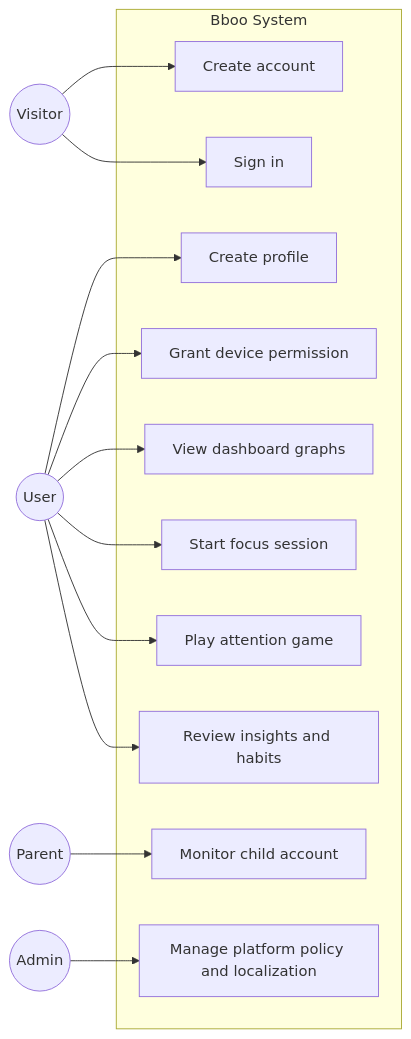
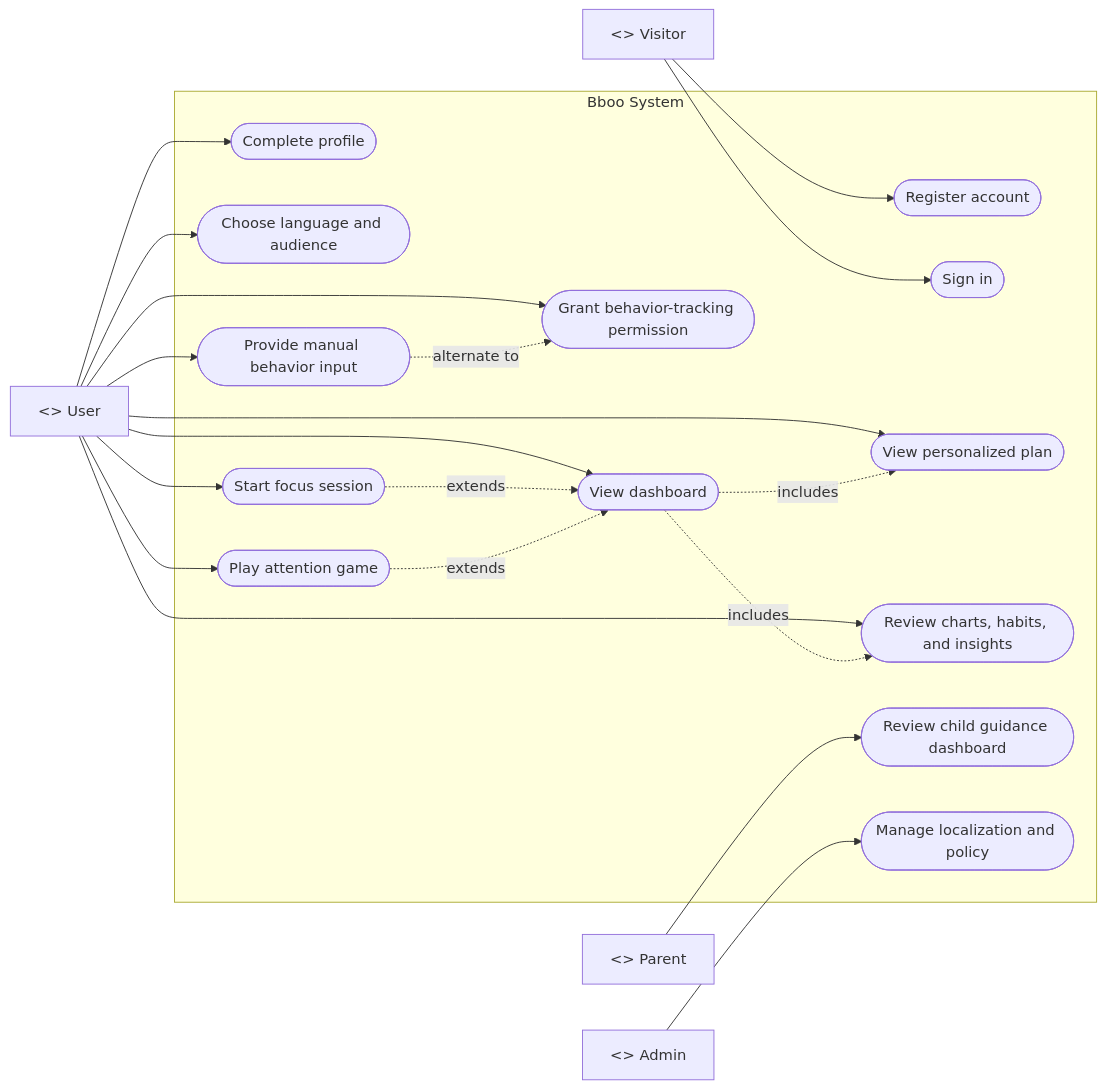
One commit to BasantSaad/brain-rot-X-BRAIN-BOOST changed the second of 8 diagrams in ARCHITECTURE_DIAGRAM.md. Above: the diagram before and after it, drawn with Mermaid. The commit also changed other lines of this file, not shown here.

Commit message:
update diagrams

````diff
--- a/ARCHITECTURE_DIAGRAM.md
+++ b/ARCHITECTURE_DIAGRAM.md
@@ -26,31 +42,45 @@
 ```mermaid
 flowchart LR
-    visitor(("Visitor"))
-    user(("User"))
-    parent(("Parent"))
-    admin(("Admin"))
+    visitor["<<Actor>> Visitor"]
+    user["<<Actor>> User"]
+    parent["<<Actor>> Parent"]
+    admin["<<Actor>> Admin"]
 
-    subgraph System["Bboo System"]
-        uc1["Create account"]
-        uc2["Sign in"]
-        uc3["Create profile"]
-        uc4["Grant device permission"]
-        uc5["View dashboard graphs"]
-        uc6["Start focus session"]
-        uc7["Play attention game"]
-        uc8["Review insights and habits"]
-        uc9["Monitor child account"]
-        uc10["Manage platform policy and localization"]
+    subgraph bboo["Bboo System"]
+        uc1(["Register account"])
+        uc2(["Sign in"])
+        uc3(["Complete profile"])
+        uc4(["Choose language and audience"])
+        uc5(["Grant behavior-tracking permission"])
+        uc6(["Provide manual behavior input"])
+        uc7(["View dashboard"])
+        uc8(["View personalized plan"])
+        uc9(["Review charts, habits, and insights"])
+        uc10(["Start focus session"])
+        uc11(["Play attention game"])
+        uc12(["Review child guidance dashboard"])
+        uc13(["Manage localization and policy"])
     end
 
     visitor --> uc1
     visitor --> uc2
+
     user --> uc3
     user --> uc4
     user --> uc5
     user --> uc6
     user --> uc7
     user --> uc8
-    parent --> uc9
-    admin --> uc10
+    user --> uc9
+    user --> uc10
+    user --> uc11
+
+    parent --> uc12
+    admin --> uc13
+
+    uc7 -. includes .-> uc9
+    uc7 -. includes .-> uc8
+    uc10 -. extends .-> uc7
+    uc11 -. extends .-> uc7
+    uc6 -. alternate to .-> uc5
 ```
````
